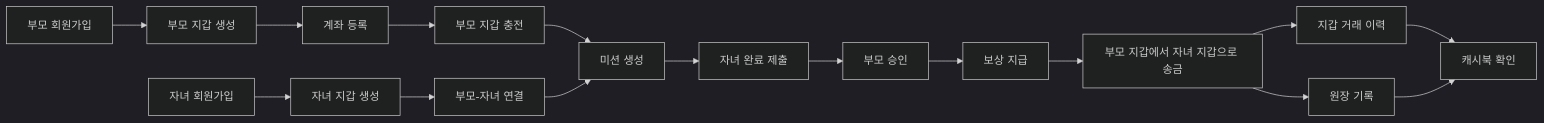
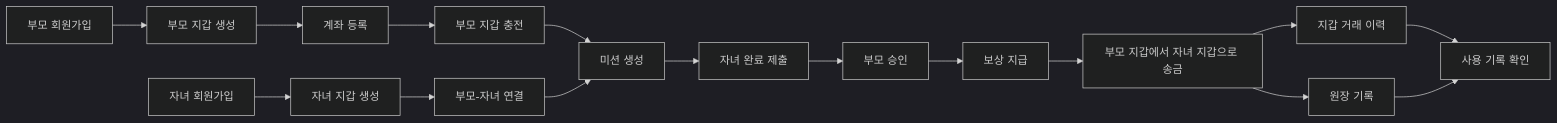
One commit to ohuiseok/PayFlow changed the first of 13 diagrams in docs/payflow-service-planning.md. Above: the diagram before and after it, drawn with Mermaid (dark theme). The commit also changed other lines of this file and 39 other files, not shown here.

````diff
--- a/docs/payflow-service-planning.md
+++ b/docs/payflow-service-planning.md
@@ -64,18 +64,18 @@
 ```mermaid
 flowchart LR
     parent[부모 회원가입] --> parentWallet[부모 지갑 생성]
     child[자녀 회원가입] --> childWallet[자녀 지갑 생성]
     parentWallet --> bank[계좌 등록]
     bank --> charge[부모 지갑 충전]
     childWallet --> link[부모-자녀 연결]
     charge --> mission[미션 생성]
     link --> mission
     mission --> submit[자녀 완료 제출]
     submit --> approve[부모 승인]
     approve --> pay[보상 지급]
     pay --> transfer[부모 지갑에서 자녀 지갑으로 송금]
     transfer --> history[지갑 거래 이력]
     transfer --> ledger[원장 기록]
-    history --> cashbook[캐시북 확인]
+    history --> cashbook[사용 기록 확인]
     ledger --> cashbook
 ```
````
